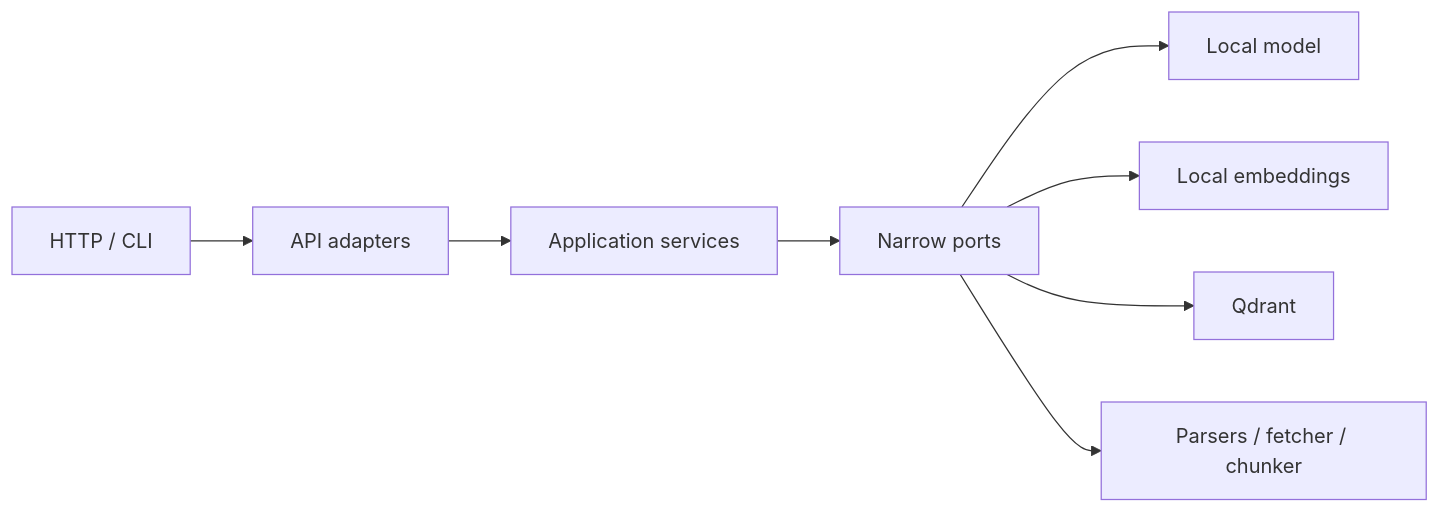
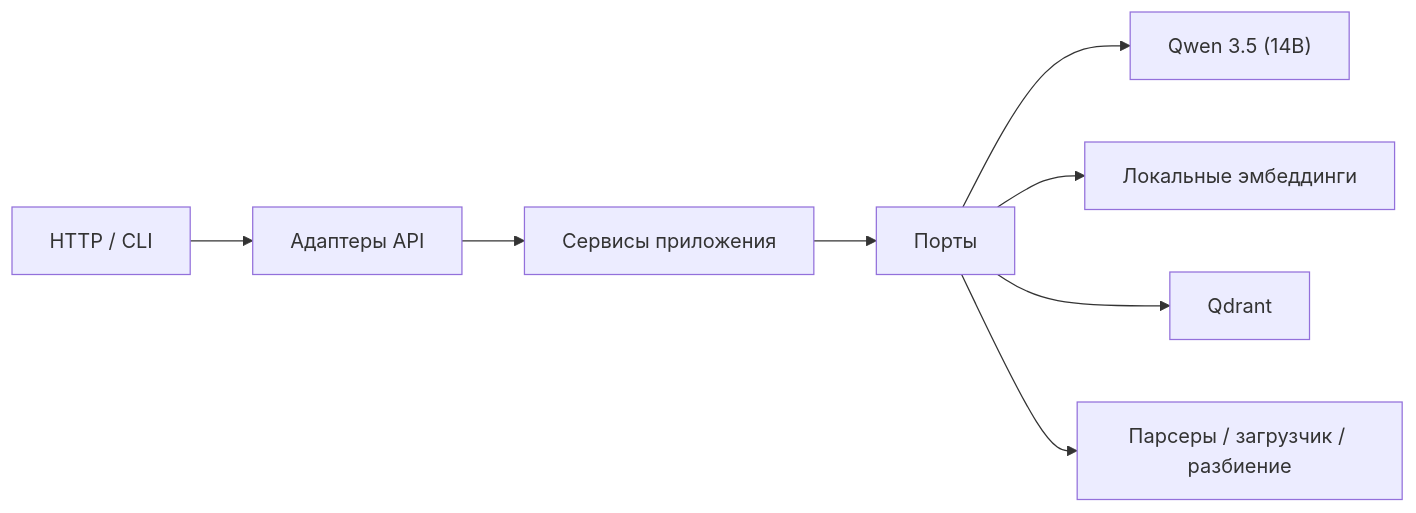
The diagram in README.md (fazzilka/AI_Engineer_template), drawn with Mermaid before and after one commit. The commit also changed other lines of this file and 1 other file, not shown here.

Commit message:
docs(model): document Qwen 3.5 14B Q4_K_M profile

````diff
--- a/README.md
+++ b/README.md
@@ -36,10 +54,10 @@
 ```mermaid
 flowchart LR
-    HTTP["HTTP / CLI"] --> API["API adapters"]
-    API --> APP["Application services"]
-    APP --> PORTS["Narrow ports"]
-    PORTS --> MODEL["Local model"]
-    PORTS --> EMB["Local embeddings"]
+    HTTP["HTTP / CLI"] --> API["Адаптеры API"]
+    API --> APP["Сервисы приложения"]
+    APP --> PORTS["Порты"]
+    PORTS --> MODEL["Qwen 3.5 (14B)"]
+    PORTS --> EMB["Локальные эмбеддинги"]
     PORTS --> QD["Qdrant"]
-    PORTS --> DOCS["Parsers / fetcher / chunker"]
+    PORTS --> DOCS["Парсеры / загрузчик / разбиение"]
 ```
````
